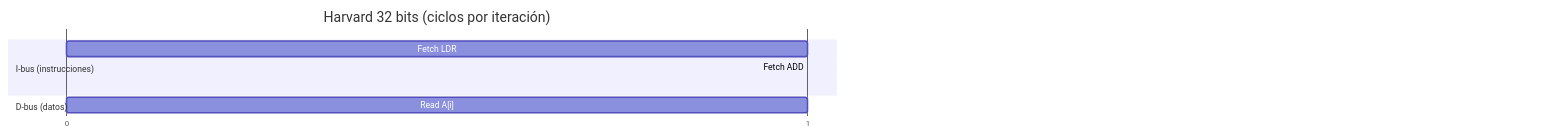
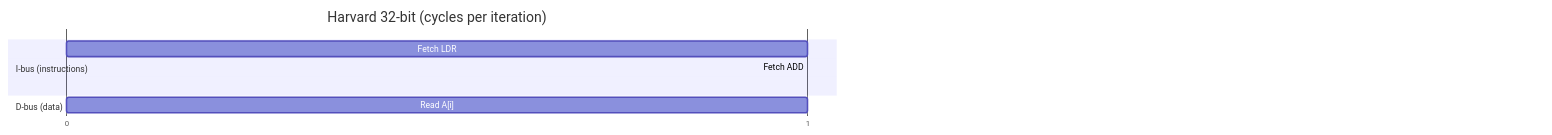
One commit to Gulden8ag/embedded1 changed the fifth of 5 diagrams in docs/Bloque0-Introduccion/Tema_A.md. Above: the diagram before and after it, drawn with Mermaid. The commit also changed other lines of this file and 12 other files, not shown here.

````diff
--- a/docs/Bloque0-Introduccion/Tema_A.md
+++ b/docs/Bloque0-Introduccion/Tema_A.md
@@ -392,13 +389,13 @@
 ```mermaid
 %%{init: {'gantt': {'axisFormat': '%Q'}} }%%
 gantt
   dateFormat  x
-  title Harvard 32 bits (ciclos por iteración)
-  section I-bus (instrucciones)
+  title Harvard 32-bit (cycles per iteration)
+  section I-bus (instructions)
   Fetch LDR        :i1, 0, 1
   Fetch ADD        :i2, 1, 1
   Fetch BNE/loop   :i3, 2, 1
-  section D-bus (datos)
+  section D-bus (data)
   Read A[i]        :d1, 0, 1
 
 ```
````
